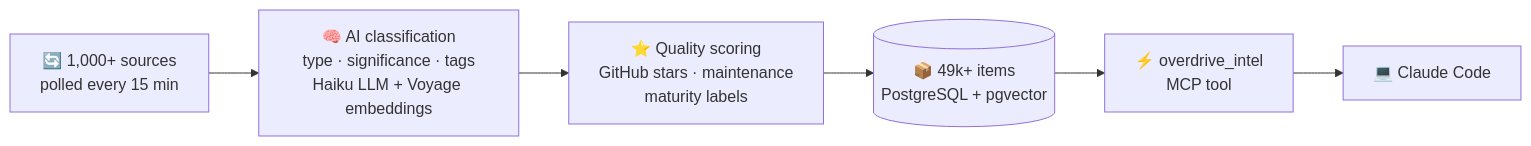
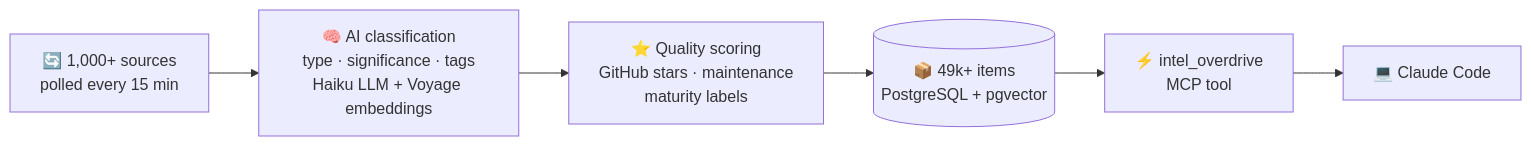
The diagram in README.md (Looney-tic/intel-overdrive), drawn with Mermaid before and after one commit. The commit also changed other lines of this file and 1 other file, not shown here.

Commit message:
Rename tool references to intel_overdrive in website and README

````diff
--- a/README.md
+++ b/README.md
@@ -63,4 +63,4 @@
 ```mermaid
 flowchart LR
-    S["🔄 1,000+ sources\npolled every 15 min"] --> C["🧠 AI classification\ntype · significance · tags\nHaiku LLM + Voyage embeddings"] --> Q["⭐ Quality scoring\nGitHub stars · maintenance\nmaturity labels"] --> D[("📦 49k+ items\nPostgreSQL + pgvector")] --> M["⚡ overdrive_intel\nMCP tool"] --> A["💻 Claude Code"]
+    S["🔄 1,000+ sources\npolled every 15 min"] --> C["🧠 AI classification\ntype · significance · tags\nHaiku LLM + Voyage embeddings"] --> Q["⭐ Quality scoring\nGitHub stars · maintenance\nmaturity labels"] --> D[("📦 49k+ items\nPostgreSQL + pgvector")] --> M["⚡ intel_overdrive\nMCP tool"] --> A["💻 Claude Code"]
 ```
````
